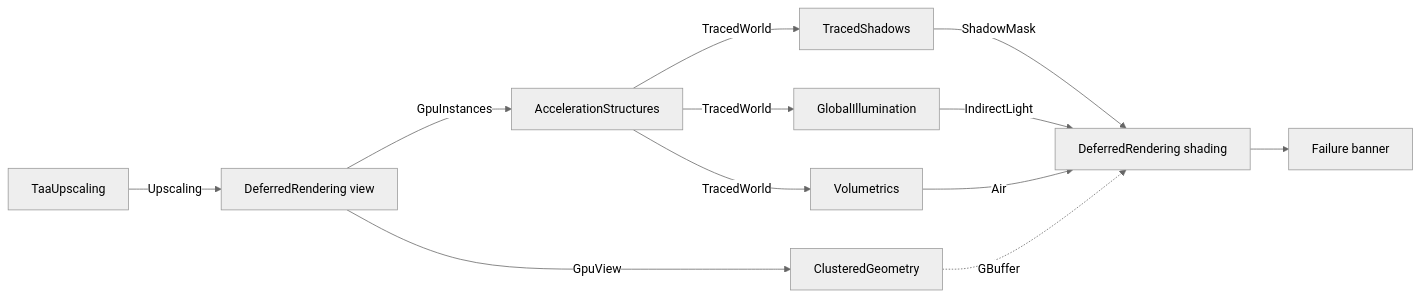
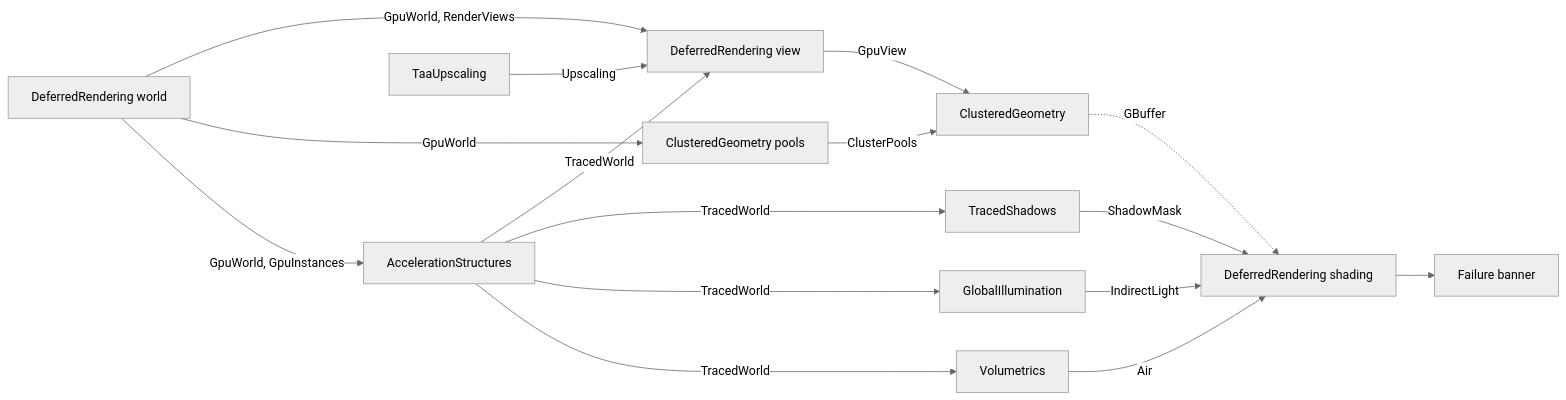
One commit to Konfus-org/Magic changed the diagram in docs/RENDERING.md. Above: the diagram before and after it, drawn with Mermaid (neutral theme). The commit also changed other lines of this file and 27 other files, not shown here.

````diff
--- a/docs/RENDERING.md
+++ b/docs/RENDERING.md
@@ -10,14 +11,18 @@
 ```mermaid
 flowchart LR
-    Taa[TaaUpscaling] -- Upscaling --> View[DeferredRendering view]
+    World[DeferredRendering world] -- GpuWorld, RenderViews --> View[DeferredRendering view]
+    World -- GpuWorld --> Pools[ClusteredGeometry pools]
+    World -- GpuWorld, GpuInstances --> Accel[AccelerationStructures]
+    Taa[TaaUpscaling] -- Upscaling --> View
+    Accel -- TracedWorld --> View
     View -- GpuView --> Clusters[ClusteredGeometry]
-    View -- GpuInstances --> Accel[AccelerationStructures]
+    Pools -- ClusterPools --> Clusters
     Accel -- TracedWorld --> Shadows[TracedShadows]
     Accel -- TracedWorld --> GI[GlobalIllumination]
     Accel -- TracedWorld --> Vol[Volumetrics]
     Shadows -- ShadowMask --> Shading[DeferredRendering shading]
     GI -- IndirectLight --> Shading
     Vol -- Air --> Shading
     Clusters -. GBuffer .-> Shading
     Shading --> Banner[Failure banner]
 ```
````
